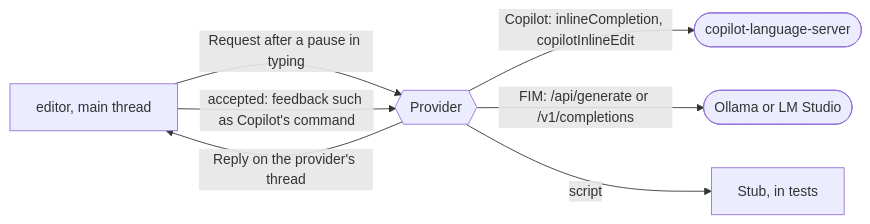
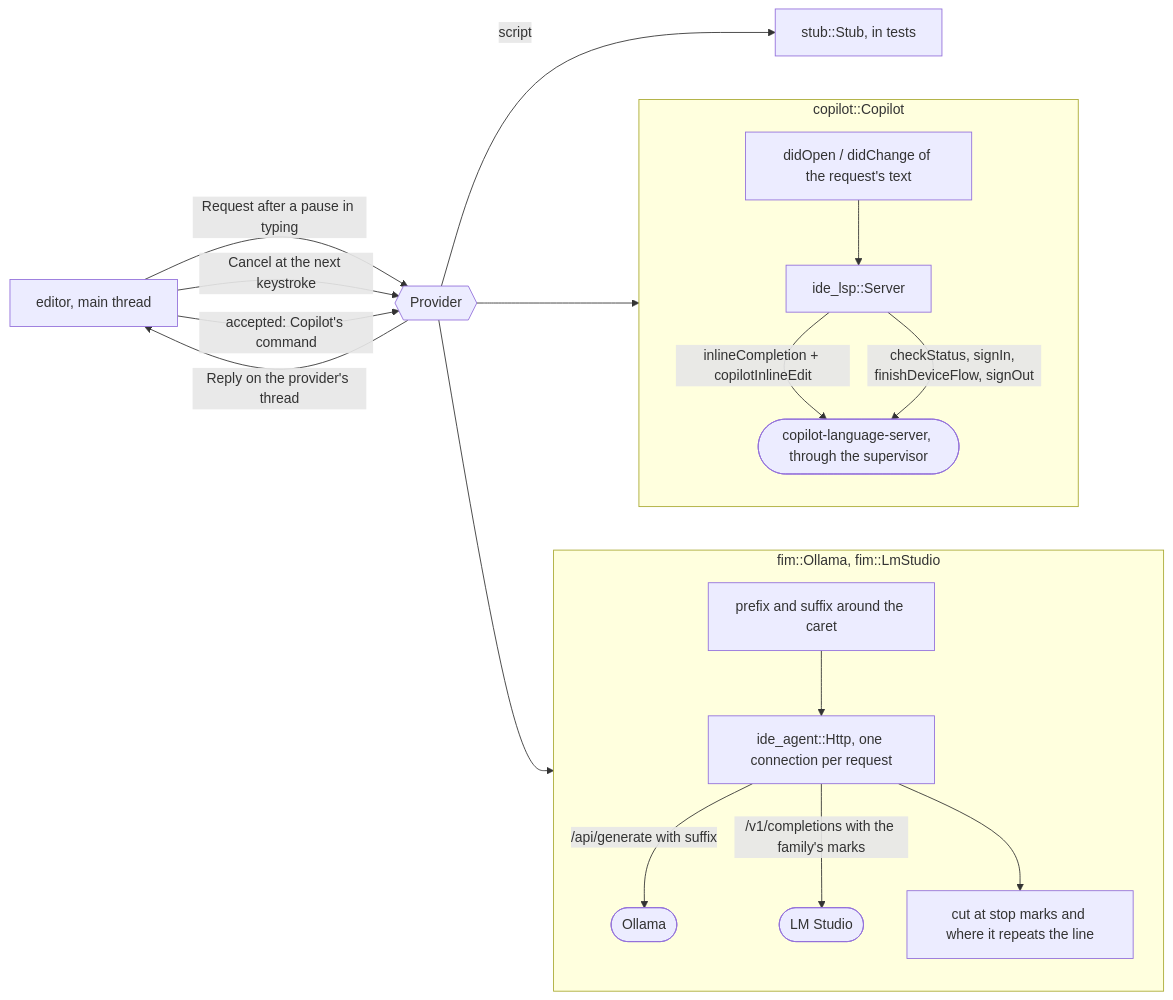
Before and after one commit to sventmueller/dango: the diagram in crates/ide-predict/README.md, drawn with Mermaid. The commit also changed other lines of this file and 29 other files, not shown here.

First line of the commit message:
Add edit prediction providers: GitHub Copilot, Ollama and LM Studio

````diff
--- a/crates/ide-predict/README.md
+++ b/crates/ide-predict/README.md
@@ -8,9 +8,21 @@
 ```mermaid
 flowchart LR
     editor["editor, main thread"] -->|"Request after a pause in typing"| provider{{"Provider"}}
-    provider -->|"Copilot: inlineCompletion, copilotInlineEdit"| copilot(["copilot-language-server"])
-    provider -->|"FIM: /api/generate or /v1/completions"| local(["Ollama or LM Studio"])
-    provider -->|"script"| stub["Stub, in tests"]
+    editor -->|"Cancel at the next keystroke"| provider
     provider -->|"Reply on the provider's thread"| editor
-    editor -->|"accepted: feedback such as Copilot's command"| provider
+    editor -->|"accepted: Copilot's command"| provider
+    subgraph copilot ["copilot::Copilot"]
+        sync["didOpen / didChange of the request's text"] --> lsp["ide_lsp::Server"]
+        lsp -->|"inlineCompletion + copilotInlineEdit"| cls(["copilot-language-server, through the supervisor"])
+        lsp -->|"checkStatus, signIn, finishDeviceFlow, signOut"| cls
+    end
+    subgraph local ["fim::Ollama, fim::LmStudio"]
+        gap["prefix and suffix around the caret"] --> http["ide_agent::Http, one connection per request"]
+        http -->|"/api/generate with suffix"| ollama(["Ollama"])
+        http -->|"/v1/completions with the family's marks"| lms(["LM Studio"])
+        http --> clean["cut at stop marks and where it repeats the line"]
+    end
+    provider --> copilot
+    provider --> local
+    provider -->|"script"| stub["stub::Stub, in tests"]
 ```
````
